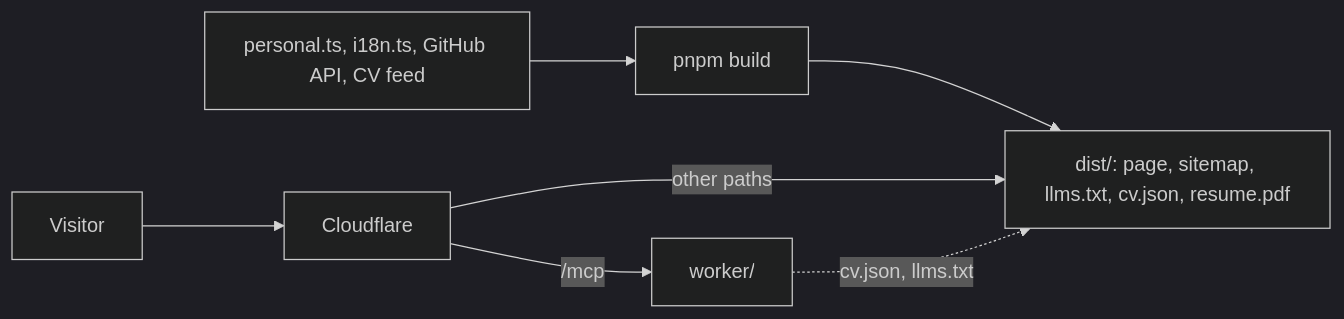
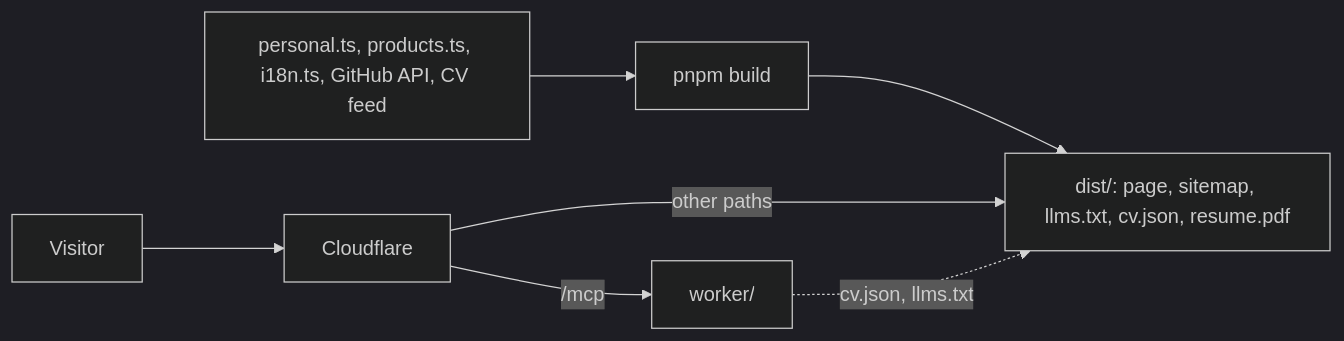
One commit to pavstev/website changed the diagram in README.md. Above: the diagram before and after it, drawn with Mermaid (dark theme). The commit also changed other lines of this file and 1 other file, not shown here.

Commit message:
docs: products column, logo planets and pause button

````diff
--- a/README.md
+++ b/README.md
@@ -22,8 +23,8 @@
 ```mermaid
 flowchart LR
-  data["personal.ts, i18n.ts, GitHub API, CV feed"] --> build["pnpm build"] --> dist["dist/: page, sitemap, llms.txt, cv.json, resume.pdf"]
+  data["personal.ts, products.ts, i18n.ts, GitHub API, CV feed"] --> build["pnpm build"] --> dist["dist/: page, sitemap, llms.txt, cv.json, resume.pdf"]
   visitor["Visitor"] --> cf["Cloudflare"]
   cf -- "other paths" --> dist
   cf -- "/mcp" --> worker["worker/"]
   worker -. "cv.json, llms.txt" .-> dist
 ```
````
